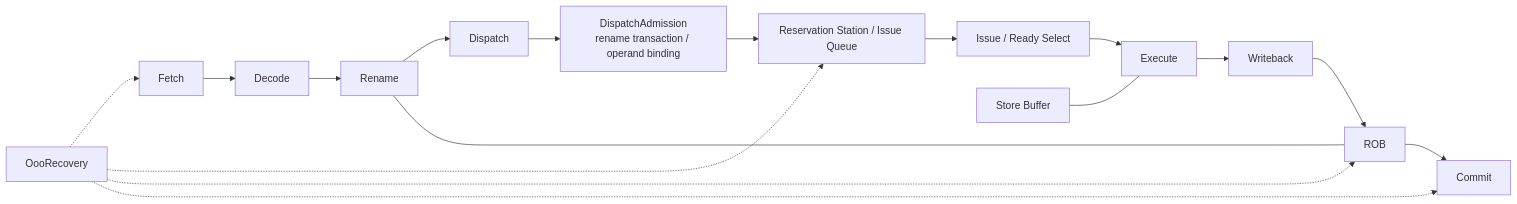
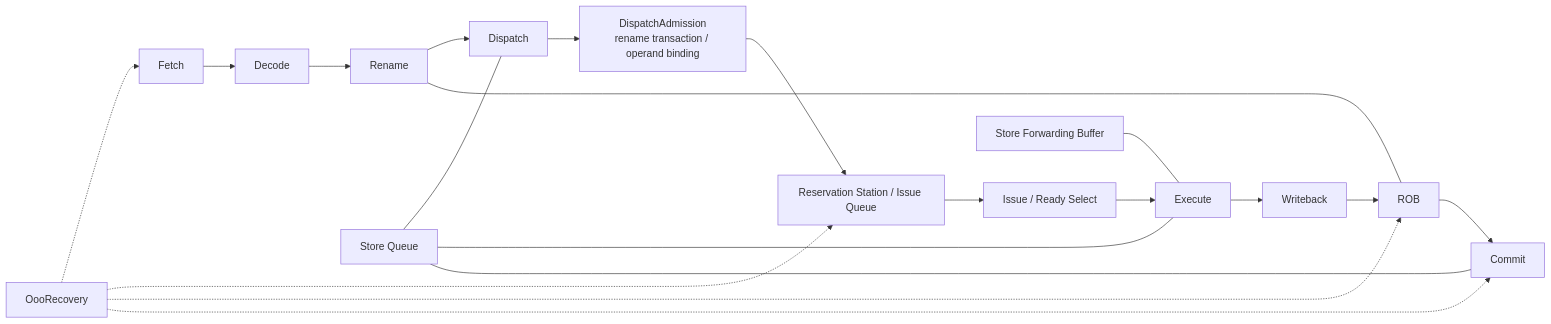
One commit to jensen-yan/risc-v-simulator changed the fourth of 5 diagrams in ARCHITECTURE.md. Above: the diagram before and after it, drawn with Mermaid. The commit also changed other lines of this file and 50 other files, not shown here.

First line of the commit message:
refactor: 引入 StoreQueue 并对齐 LSU store 侧命名

````diff
--- a/ARCHITECTURE.md
+++ b/ARCHITECTURE.md
@@ -114,19 +114,22 @@
 ```mermaid
 flowchart LR
   f["Fetch"] --> d["Decode"]
   d --> r["Rename"]
   r --> dis["Dispatch"]
   dis --> da["DispatchAdmission\nrename transaction / operand binding"]
   da --> rs["Reservation Station / Issue Queue"]
   rs --> iss["Issue / Ready Select"]
   iss --> e["Execute"]
   e --> w["Writeback"]
   w --> rob["ROB"]
   rob --> c["Commit"]
   rec["OooRecovery"] -.-> f
   rec -.-> rs
   rec -.-> rob
   rec -.-> c
-  sb["Store Buffer"] --- e
+  sq["Store Queue"] --- dis
+  sq --- e
+  sq --- c
+  sfb["Store Forwarding Buffer"] --- e
   rob --- r
 ```
````
